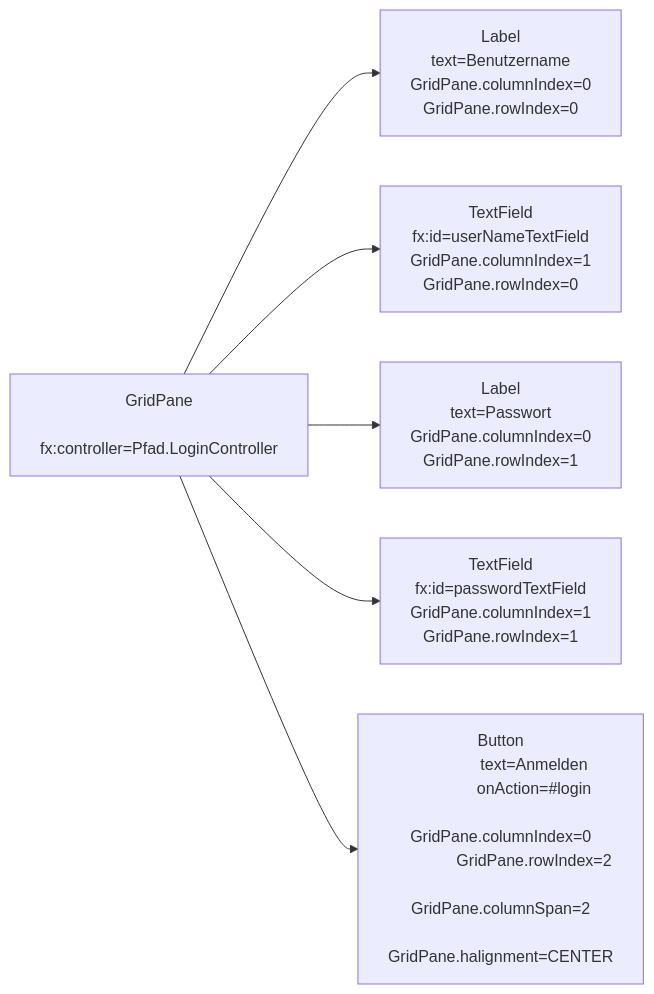
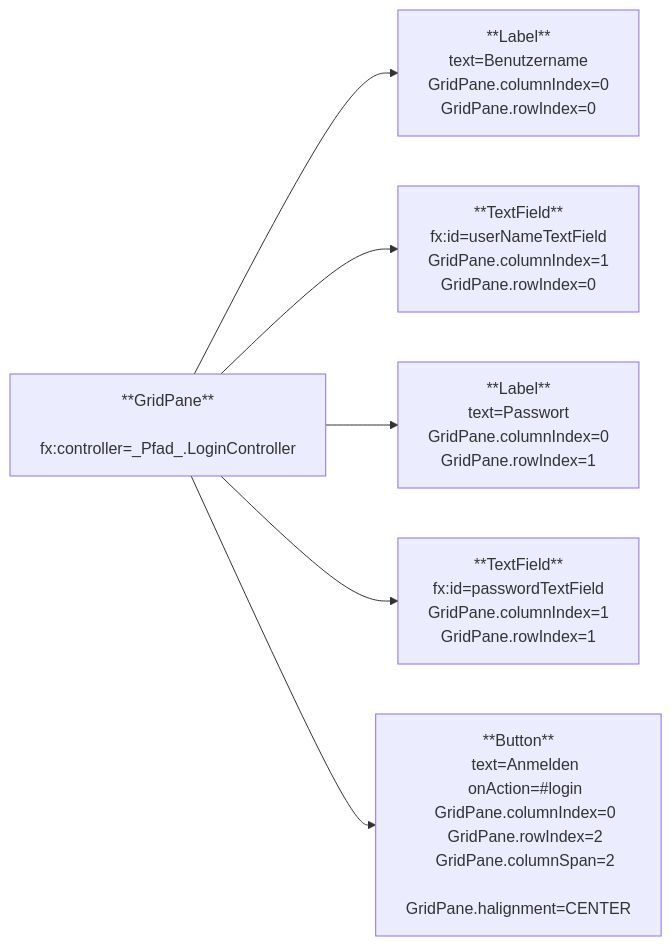
The second of 3 diagrams in docs/exercises/javafx/javafx06.md (jappuccini/java-docs), drawn with Mermaid before and after one commit. The commit also changed other lines of this file and 7 other files, not shown here.

Commit message:
Fix Mermaid for JavaFX Exercises

````diff
--- a/docs/exercises/javafx/javafx06.md
+++ b/docs/exercises/javafx/javafx06.md
@@ -59,34 +54,33 @@
 ```mermaid
 flowchart LR
-	gridpane[GridPane
-	         fx:controller=Pfad.LoginController]
-	label1[Label
-	       text=Benutzername
-	       GridPane.columnIndex=0
-	       GridPane.rowIndex=0]
-	label2[Label
-	       text=Passwort
-	       GridPane.columnIndex=0
-	       GridPane.rowIndex=1]
-	textfield1[TextField
-	           fx:id=userNameTextField
-	           GridPane.columnIndex=1
-	           GridPane.rowIndex=0]
-	textfield2[TextField
-	           fx:id=passwordTextField
-	           GridPane.columnIndex=1
-	           GridPane.rowIndex=1]
-	button[Button
-	       text=Anmelden
-	       onAction=#login
-	       GridPane.columnIndex=0
-	       GridPane.rowIndex=2
-	       GridPane.columnSpan=2
-	       GridPane.halignment=CENTER]
-
-    gridpane --> label1
-    gridpane --> textfield1
-    gridpane --> label2
-    gridpane --> textfield2
-    gridpane --> button
+   gridpane[**GridPane**
+   fx:controller=_Pfad_.LoginController]
+   label1[**Label**
+   text=Benutzername
+   GridPane.columnIndex=0
+   GridPane.rowIndex=0]
+   label2[**Label**
+   text=Passwort
+   GridPane.columnIndex=0
+   GridPane.rowIndex=1]
+   textfield1[**TextField**
+   fx:id=userNameTextField
+   GridPane.columnIndex=1
+   GridPane.rowIndex=0]
+   textfield2[**TextField**
+   fx:id=passwordTextField
+   GridPane.columnIndex=1
+   GridPane.rowIndex=1]
+   button[**Button**
+   text=Anmelden
+   onAction=#login
+   GridPane.columnIndex=0
+   GridPane.rowIndex=2
+   GridPane.columnSpan=2
+   GridPane.halignment=CENTER]
+   gridpane --> label1
+   gridpane --> textfield1
+   gridpane --> label2
+   gridpane --> textfield2
+   gridpane --> button
 ```
````
